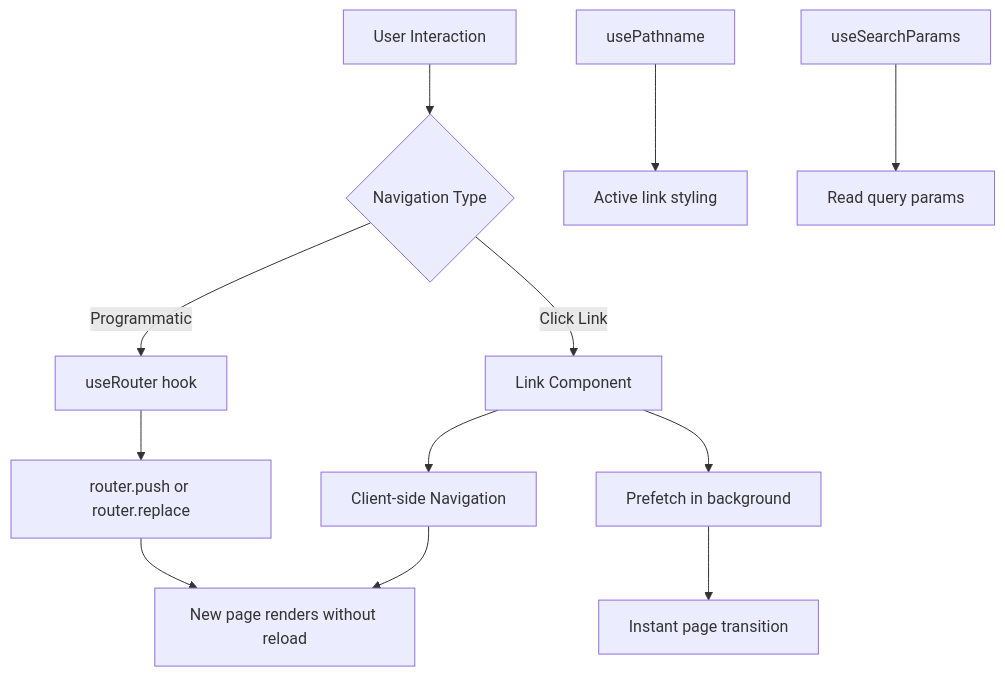
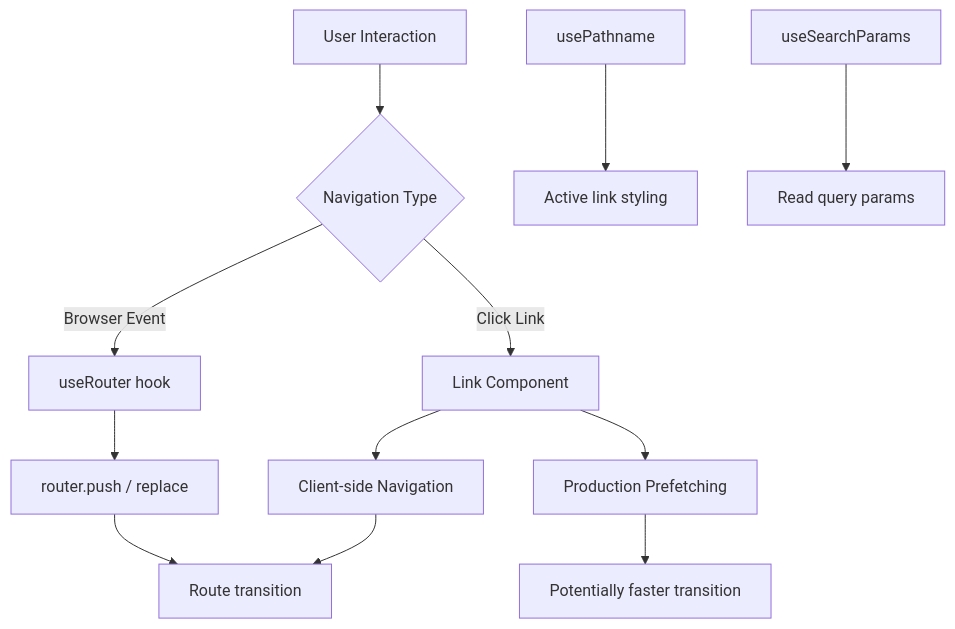
Before and after one commit to kaushalkumar8459/CodingTerminal-Tutorial-Notes: the diagram in tutorial-platform/public/tutorials/nextjs/day-005-navigation-with-link-and-userouter.md, drawn with Mermaid. The commit also changed other lines of this file, not shown here.

````diff
--- a/tutorial-platform/public/tutorials/nextjs/day-005-navigation-with-link-and-userouter.md
+++ b/tutorial-platform/public/tutorials/nextjs/day-005-navigation-with-link-and-userouter.md
@@ -357,14 +349,14 @@
 ```mermaid
 flowchart TD
   A[User Interaction] --> B{Navigation Type}
   B -->|Click Link| C[Link Component]
-  B -->|Programmatic| D[useRouter hook]
+  B -->|Browser Event| D[useRouter hook]
   C --> E[Client-side Navigation]
-  D --> F[router.push or router.replace]
-  E --> G[New page renders without reload]
+  D --> F[router.push / replace]
+  E --> G[Route transition]
   F --> G
-  C --> H[Prefetch in background]
-  H --> I[Instant page transition]
+  C --> H[Production Prefetching]
+  H --> I[Potentially faster transition]
   J[usePathname] --> K[Active link styling]
   L[useSearchParams] --> M[Read query params]
 ```
````
